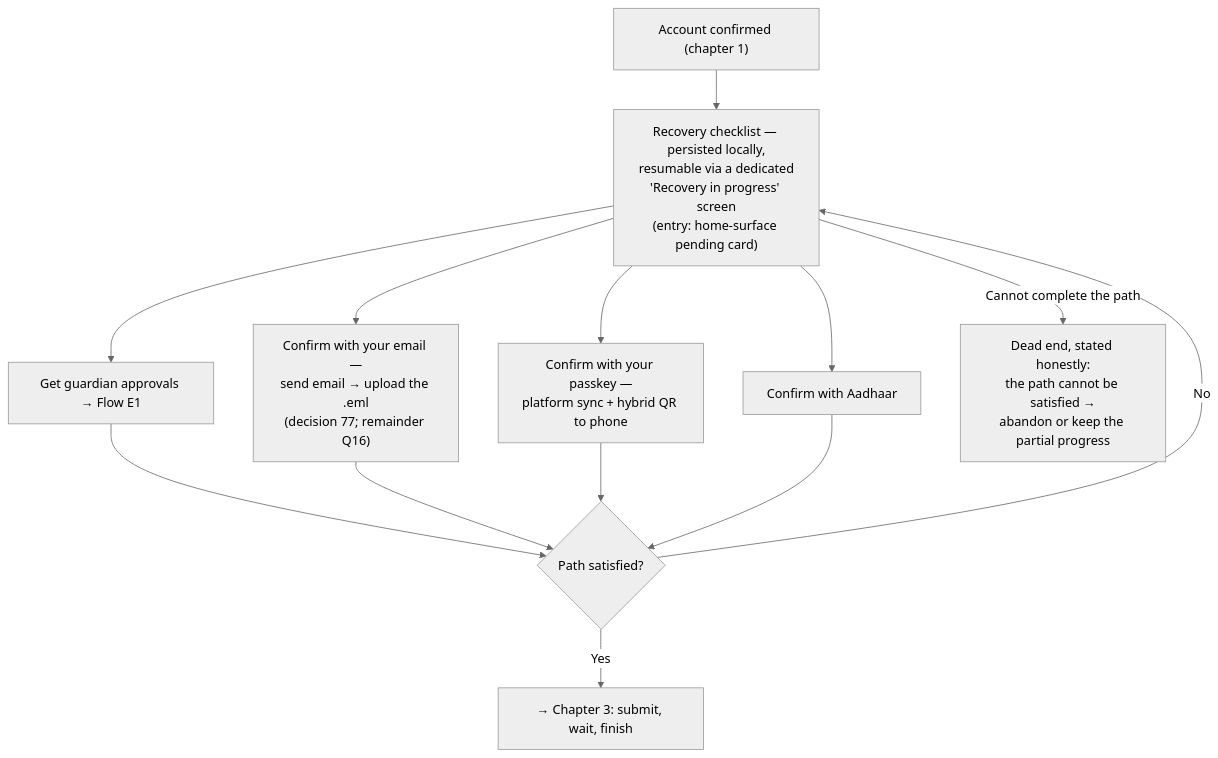
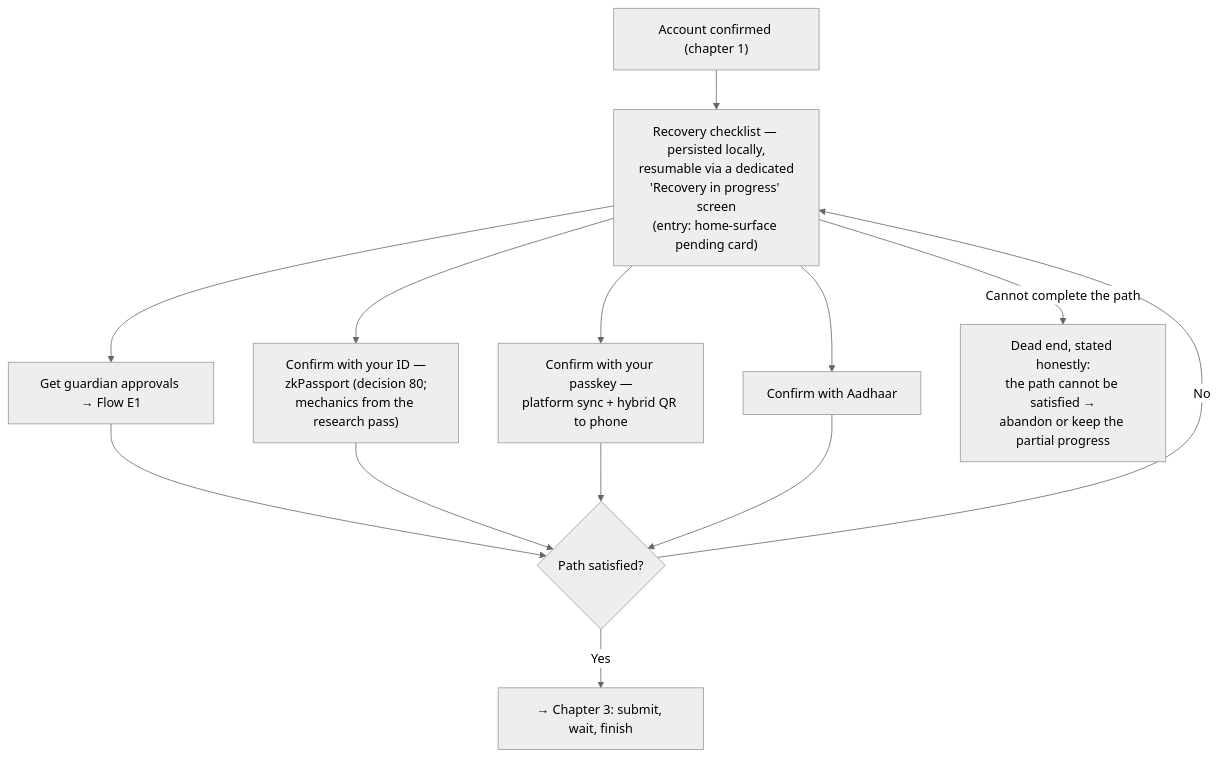
The sixth of 14 diagrams in social-recovery-ux-flows.md (FiboAtWonder/kohaku-extension), drawn with Mermaid (neutral theme) before and after one commit. The commit also changed other lines of this file and 2 other files, not shown here.

````diff
--- a/social-recovery-ux-flows.md
+++ b/social-recovery-ux-flows.md
@@ -204,17 +205,17 @@
 ```mermaid
 flowchart TD
     F["Account confirmed (chapter 1)"] --> G["Recovery checklist — persisted locally,<br/>resumable via a dedicated<br/>'Recovery in progress' screen<br/>(entry: home-surface pending card)"]
     G --> G1[Get guardian approvals → Flow E1]
-    G --> G2["Confirm with your email —<br/>send email → upload the .eml<br/>(decision 77; remainder Q16)"]
+    G --> G2["Confirm with your ID —<br/>zkPassport (decision 80;<br/>mechanics from the research pass)"]
     G --> G3["Confirm with your passkey —<br/>platform sync + hybrid QR to phone"]
     G --> G4[Confirm with Aadhaar]
     G -->|Cannot complete the path| SW["Dead end, stated honestly:<br/>the path cannot be satisfied →<br/>abandon or keep the partial progress"]
     G1 --> H{"Path satisfied?"}
     G2 --> H
     G3 --> H
     G4 --> H
     H -- No --> G
     H -- Yes --> NEXT["→ Chapter 3: submit, wait, finish"]
 
     click G1 href "#flow-e1--sync-off-chain-signature-passing--default"
 ```
````
